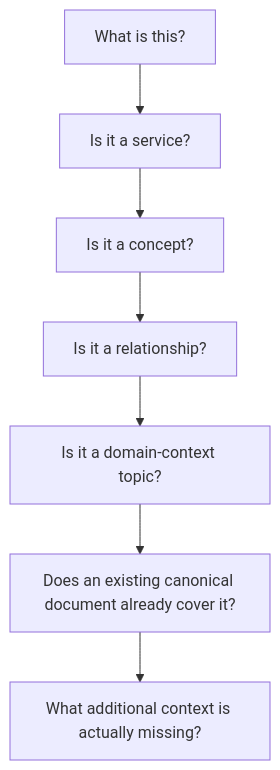
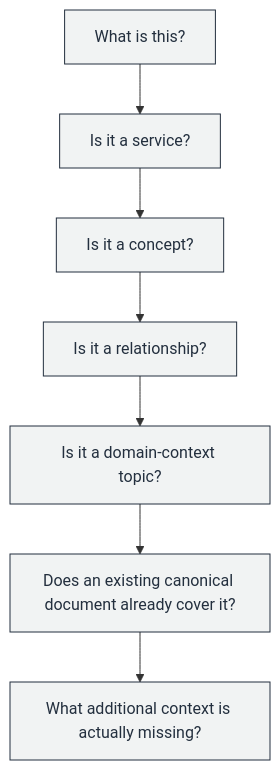
Diagram 14 of 15 in AGENTS.md (GabrielAlmeidaFlores/AWS-CloudOps-Engineer-Associate-Doc), drawn with Mermaid before and after one commit. The commit also changed other lines of this file and 22 other files, not shown here.

First line of the commit message:
docs: AWS-styled Mermaid, IAM/VPC console screenshots, and AGENTS.md rules

````diff
--- a/AGENTS.md
+++ b/AGENTS.md
@@ -2604,4 +2697,6 @@
 ```mermaid
 flowchart TD
     A["What is this?"] --> B["Is it a service?"] --> C["Is it a concept?"] --> D["Is it a relationship?"] --> E["Is it a domain-context topic?"] --> F["Does an existing canonical document already cover it?"] --> G["What additional context is actually missing?"]
+    classDef step fill:#F1F3F3,stroke:#232F3E,color:#232F3E
+    class A,B,C,D,E,F,G step
 ```
````
